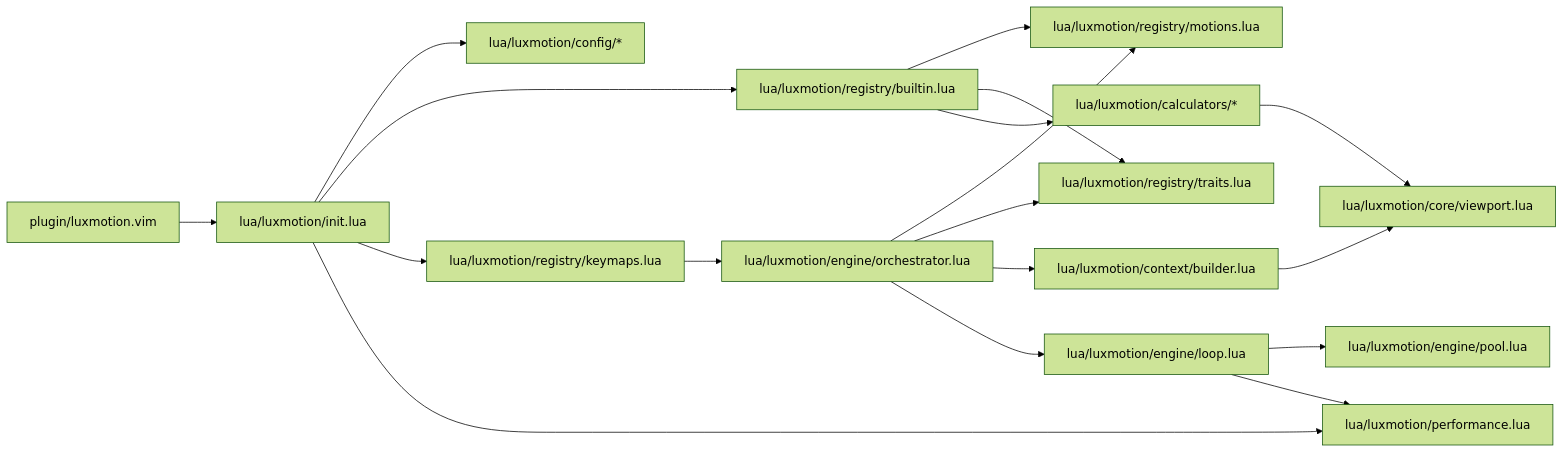
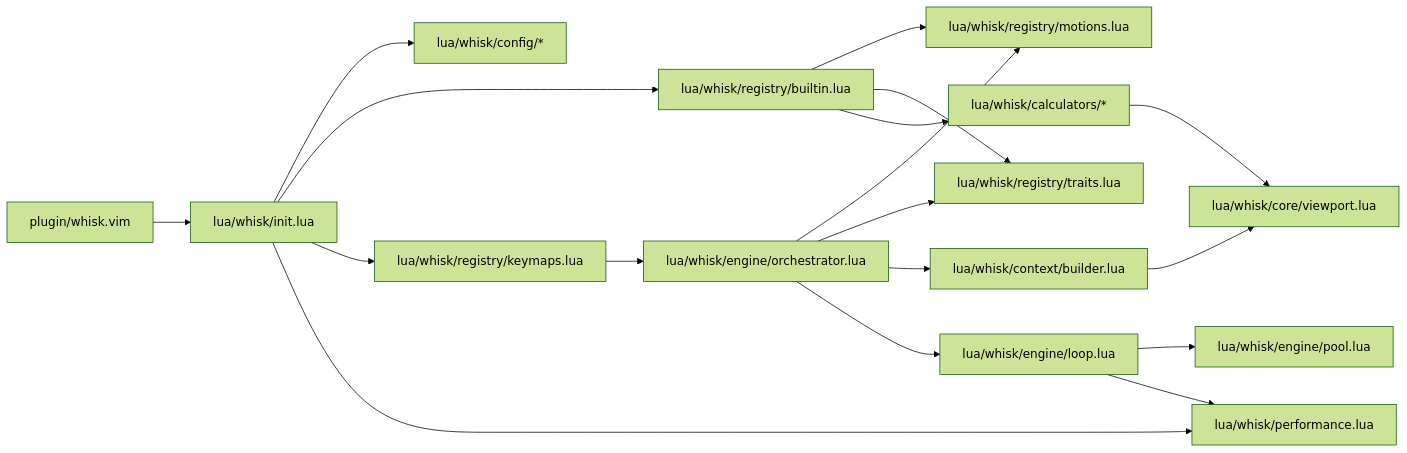
The second of 2 diagrams in docs/ARCHITECTURE.md (josstei/whisk.nvim), drawn with Mermaid (forest theme) before and after one commit. The commit also changed other lines of this file and 2 other files, not shown here.

Commit message:
docs: update all references from luxmotion to whisk

````diff
--- a/docs/ARCHITECTURE.md
+++ b/docs/ARCHITECTURE.md
@@ -34,23 +34,23 @@
 ```mermaid
 flowchart LR
-  plugin[plugin/luxmotion.vim] --> init[lua/luxmotion/init.lua]
-  init --> config[lua/luxmotion/config/*]
-  init --> builtin[lua/luxmotion/registry/builtin.lua]
-  init --> keymaps[lua/luxmotion/registry/keymaps.lua]
-  init --> performance[lua/luxmotion/performance.lua]
+  plugin[plugin/whisk.vim] --> init[lua/whisk/init.lua]
+  init --> config[lua/whisk/config/*]
+  init --> builtin[lua/whisk/registry/builtin.lua]
+  init --> keymaps[lua/whisk/registry/keymaps.lua]
+  init --> performance[lua/whisk/performance.lua]
 
-  builtin --> motions[lua/luxmotion/registry/motions.lua]
-  builtin --> traits[lua/luxmotion/registry/traits.lua]
-  builtin --> calculators[lua/luxmotion/calculators/*]
+  builtin --> motions[lua/whisk/registry/motions.lua]
+  builtin --> traits[lua/whisk/registry/traits.lua]
+  builtin --> calculators[lua/whisk/calculators/*]
 
-  keymaps --> orchestrator[lua/luxmotion/engine/orchestrator.lua]
+  keymaps --> orchestrator[lua/whisk/engine/orchestrator.lua]
   orchestrator --> motions
   orchestrator --> traits
-  orchestrator --> context[lua/luxmotion/context/builder.lua]
-  orchestrator --> loop[lua/luxmotion/engine/loop.lua]
+  orchestrator --> context[lua/whisk/context/builder.lua]
+  orchestrator --> loop[lua/whisk/engine/loop.lua]
 
-  context --> viewport[lua/luxmotion/core/viewport.lua]
+  context --> viewport[lua/whisk/core/viewport.lua]
   calculators --> viewport
-  loop --> pool[lua/luxmotion/engine/pool.lua]
+  loop --> pool[lua/whisk/engine/pool.lua]
   loop --> performance
 ```
````
